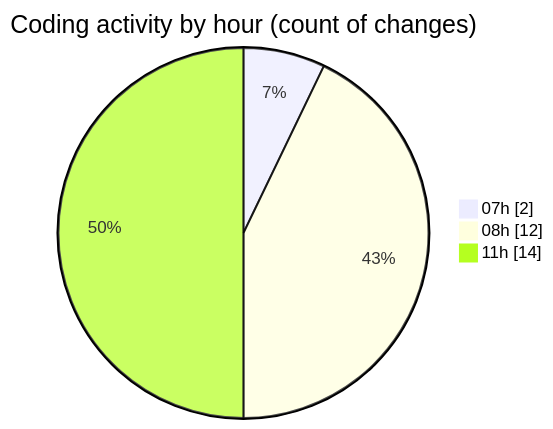
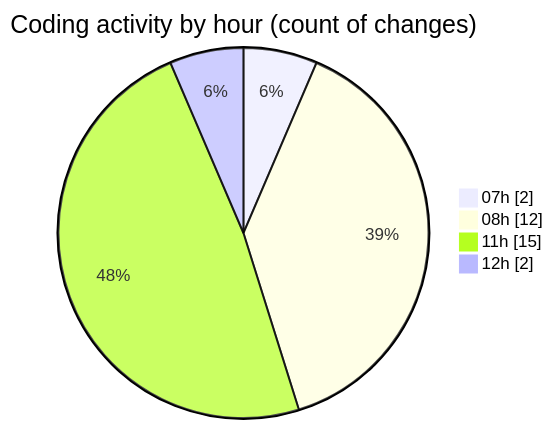
Before and after one commit to LanceThiago/code-tracking: the second of 2 diagrams in 2026-08-28/oficina/README.md, drawn with Mermaid. The commit also changed other lines of this file and 1 other file, not shown here.

````diff
--- a/2026-08-28/oficina/README.md
+++ b/2026-08-28/oficina/README.md
@@ -28,7 +28,8 @@
 ```mermaid
 pie showData
 title Coding activity by hour (count of changes)
 "07h" : 2
 "08h" : 12
-"11h" : 14
+"11h" : 15
+"12h" : 2
 ```
````
